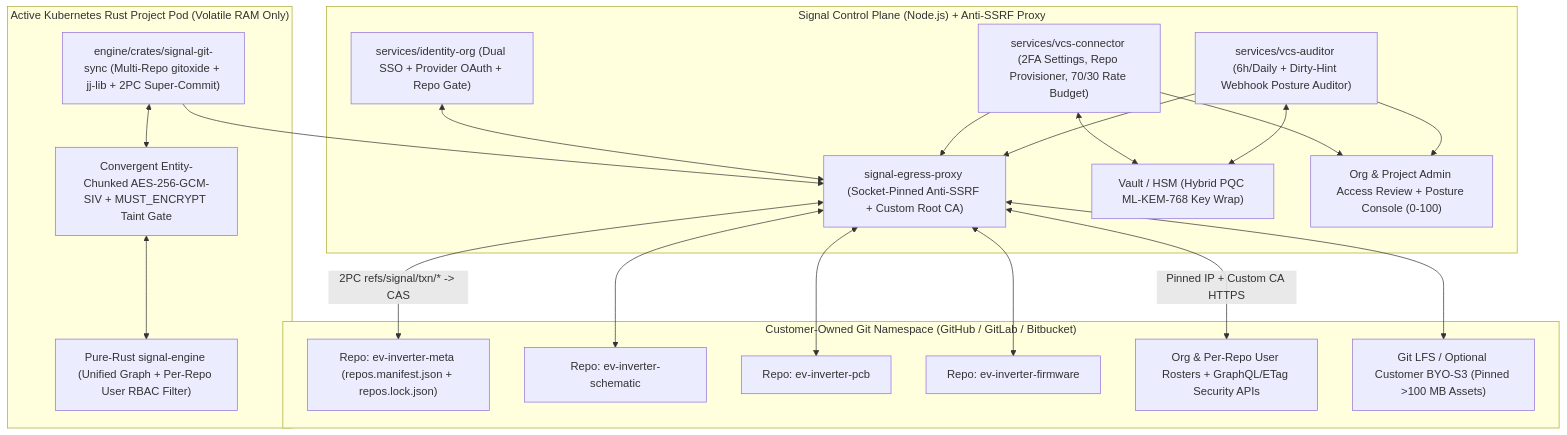
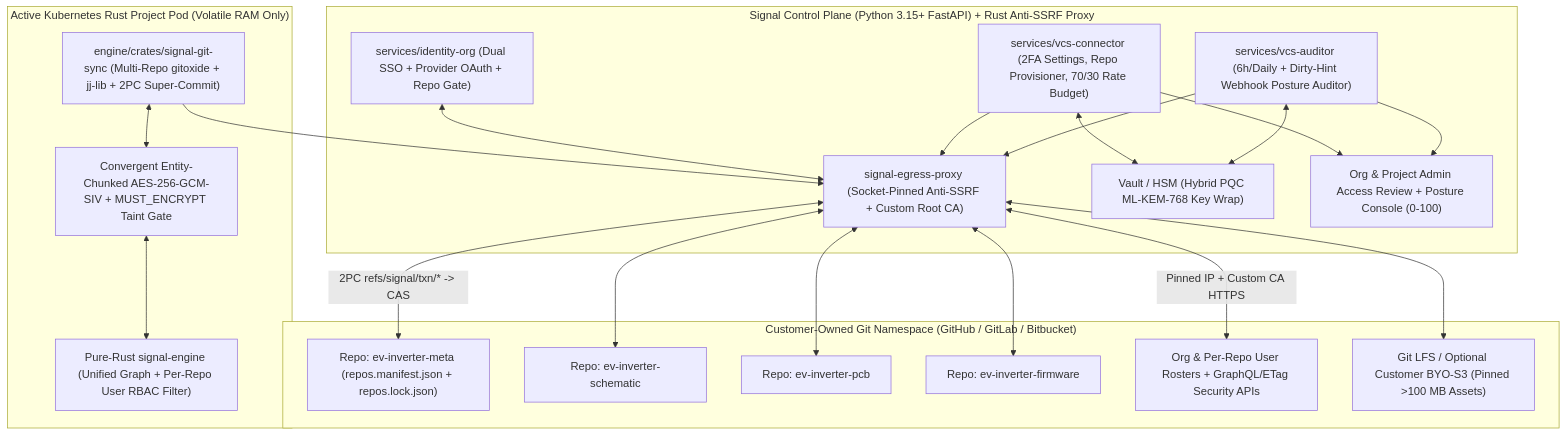
The diagram in architecture/13-vcs-git-server-and-storage-analysis.md (the-code-master/signal), drawn with Mermaid before and after one commit. The commit also changed 52 other files, not shown here.

Commit message:
docs: enforce Angular v22+, Rust 1.100+, Node 26 LTS+ & adopt Python 3.15+ FastAPI Control Plane (ADR-002)

````diff
--- a/architecture/13-vcs-git-server-and-storage-analysis.md
+++ b/architecture/13-vcs-git-server-and-storage-analysis.md
@@ -90,43 +90,43 @@
 ```mermaid
 flowchart TB
     subgraph CustomerGit["Customer-Owned Git Namespace (GitHub / GitLab / Bitbucket)"]
         MetaRepo["Repo: ev-inverter-meta (repos.manifest.json + repos.lock.json)"]
         SchRepo["Repo: ev-inverter-schematic"]
         PcbRepo["Repo: ev-inverter-pcb"]
         FwRepo["Repo: ev-inverter-firmware"]
         UsersAPI["Org & Per-Repo User Rosters + GraphQL/ETag Security APIs"]
         LFS["Git LFS / Optional Customer BYO-S3 (Pinned >100 MB Assets)"]
     end
 
-    subgraph Control["Signal Control Plane (Node.js) + Anti-SSRF Proxy"]
+    subgraph Control["Signal Control Plane (Python 3.15+ FastAPI) + Rust Anti-SSRF Proxy"]
         Auth["services/identity-org (Dual SSO + Provider OAuth + Repo Gate)"]
         Conn["services/vcs-connector (2FA Settings, Repo Provisioner, 70/30 Rate Budget)"]
         Aud["services/vcs-auditor (6h/Daily + Dirty-Hint Webhook Posture Auditor)"]
         Proxy["signal-egress-proxy (Socket-Pinned Anti-SSRF + Custom Root CA)"]
         Vault["Vault / HSM (Hybrid PQC ML-KEM-768 Key Wrap)"]
         Review["Org & Project Admin Access Review + Posture Console (0-100)"]
     end
 
     subgraph Pod["Active Kubernetes Rust Project Pod (Volatile RAM Only)"]
         Sync["engine/crates/signal-git-sync (Multi-Repo gitoxide + jj-lib + 2PC Super-Commit)"]
         Crypto["Convergent Entity-Chunked AES-256-GCM-SIV + MUST_ENCRYPT Taint Gate"]
         Engine["Pure-Rust signal-engine (Unified Graph + Per-Repo User RBAC Filter)"]
     end
 
     Auth <--> Proxy
     Conn <--> Vault
     Conn --> Proxy
     Conn --> Review
     Aud <--> Vault
     Aud --> Proxy
     Aud --> Review
     Sync <--> Crypto
     Crypto <--> Engine
     Sync --> Proxy
     Proxy <-->|"Pinned IP + Custom CA HTTPS"| UsersAPI
     Proxy <-->|"2PC refs/signal/txn/* -> CAS"| MetaRepo
     Proxy <--> SchRepo
     Proxy <--> PcbRepo
     Proxy <--> FwRepo
     Proxy <--> LFS
 ```
````
